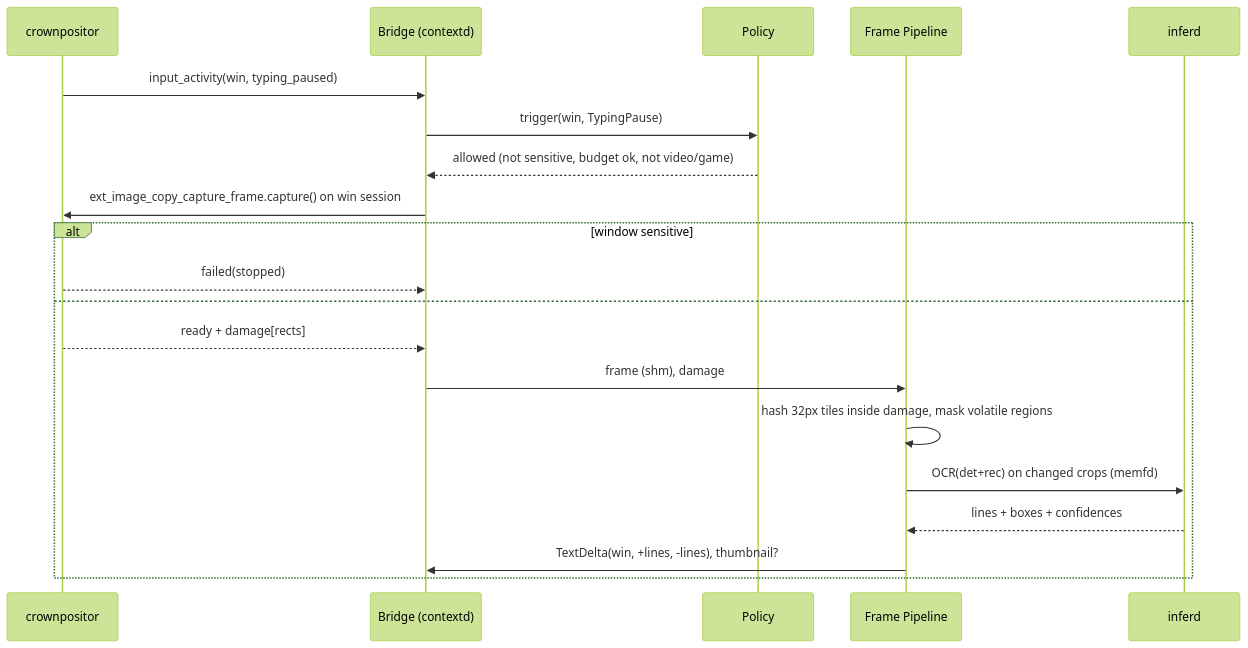
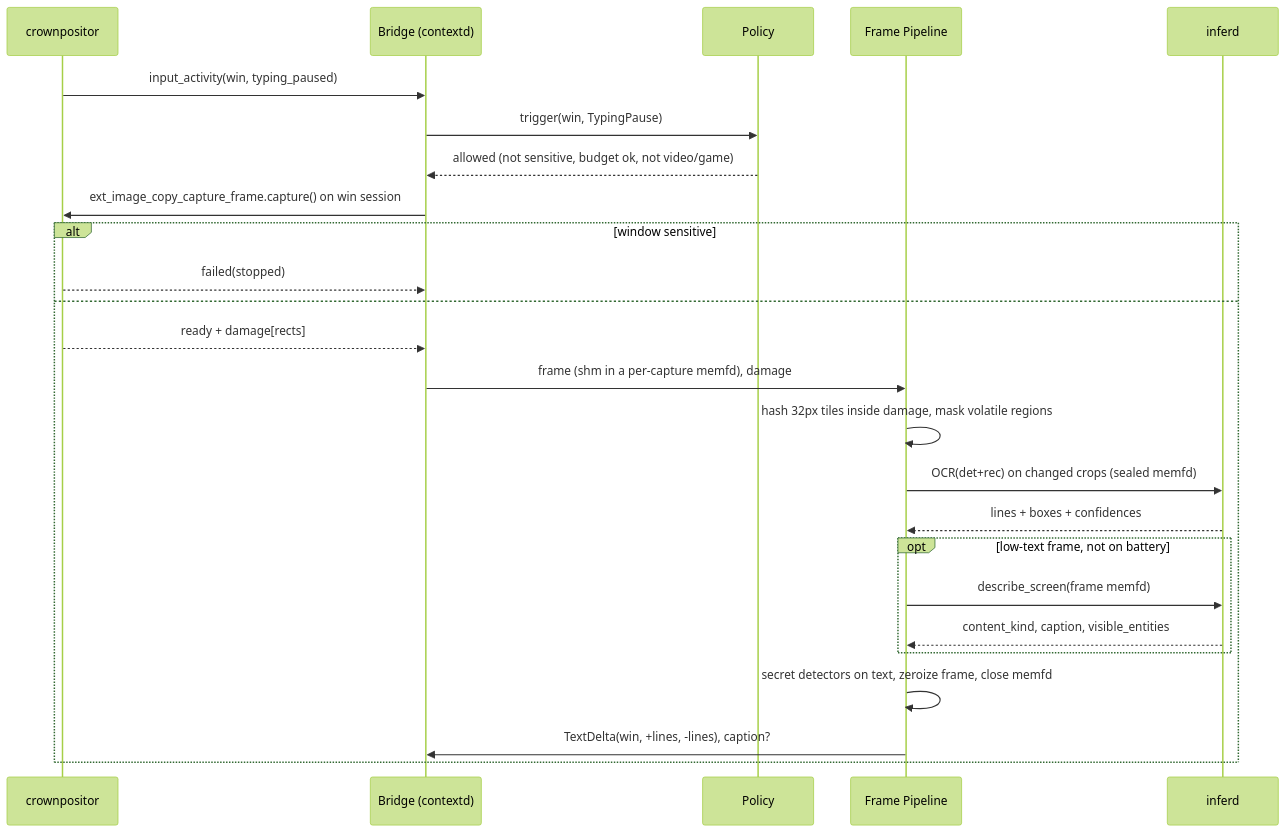
The third of 4 diagrams in docs/02-architecture.md (Crown-OS/crownos-visual-context-engine), drawn with Mermaid (forest theme) before and after one commit. The commit also changed other lines of this file and 5 other files, not shown here.

````diff
--- a/docs/02-architecture.md
+++ b/docs/02-architecture.md
@@ -207,22 +213,27 @@
 ```mermaid
 sequenceDiagram
   participant C as crownpositor
   participant B as Bridge (contextd)
   participant P as Policy
   participant F as Frame Pipeline
   participant I as inferd
   C->>B: input_activity(win, typing_paused)
   B->>P: trigger(win, TypingPause)
   P-->>B: allowed (not sensitive, budget ok, not video/game)
   B->>C: ext_image_copy_capture_frame.capture() on win session
   alt window sensitive
     C-->>B: failed(stopped)
   else
     C-->>B: ready + damage[rects]
-    B->>F: frame (shm), damage
+    B->>F: frame (shm in a per-capture memfd), damage
     F->>F: hash 32px tiles inside damage, mask volatile regions
-    F->>I: OCR(det+rec) on changed crops (memfd)
+    F->>I: OCR(det+rec) on changed crops (sealed memfd)
     I-->>F: lines + boxes + confidences
-    F->>B: TextDelta(win, +lines, -lines), thumbnail?
+    opt low-text frame, not on battery
+      F->>I: describe_screen(frame memfd)
+      I-->>F: content_kind, caption, visible_entities
+    end
+    F->>F: secret detectors on text, zeroize frame, close memfd
+    F->>B: TextDelta(win, +lines, -lines), caption?
   end
 ```
````
